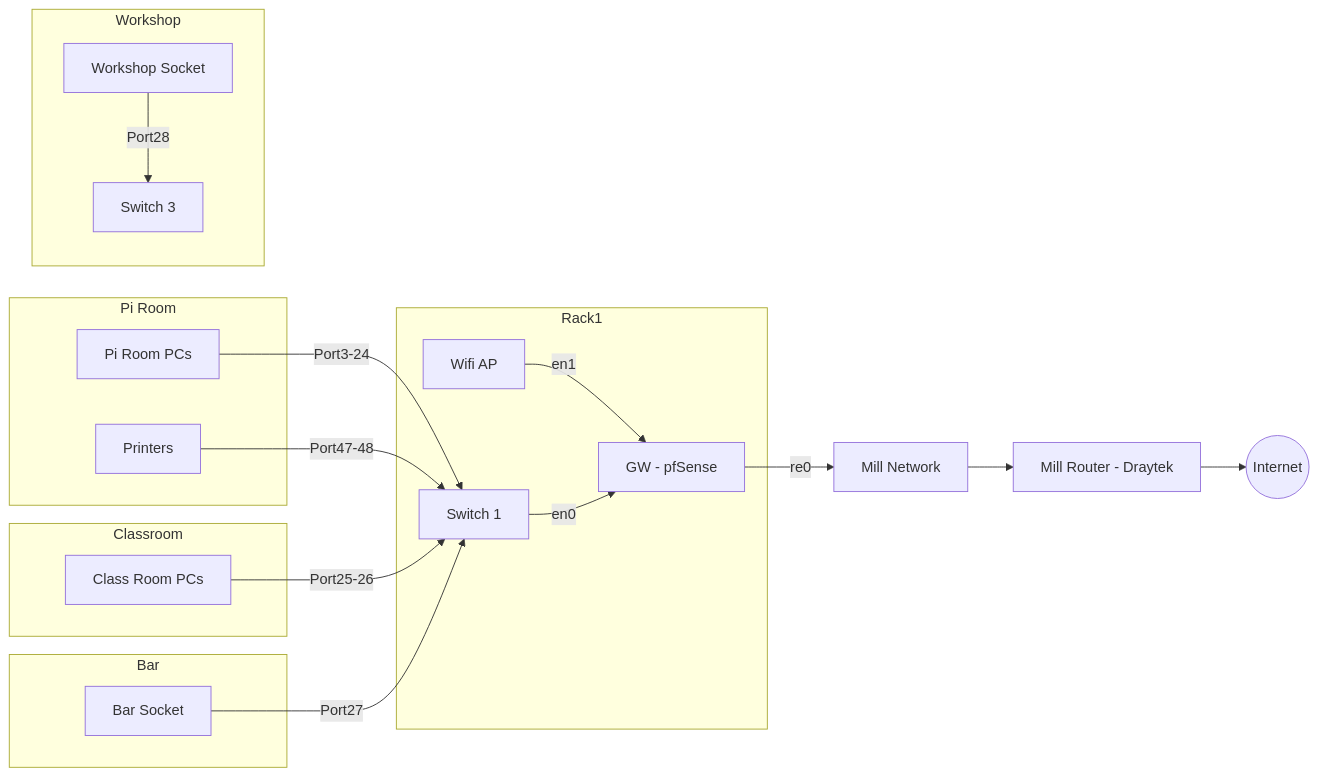
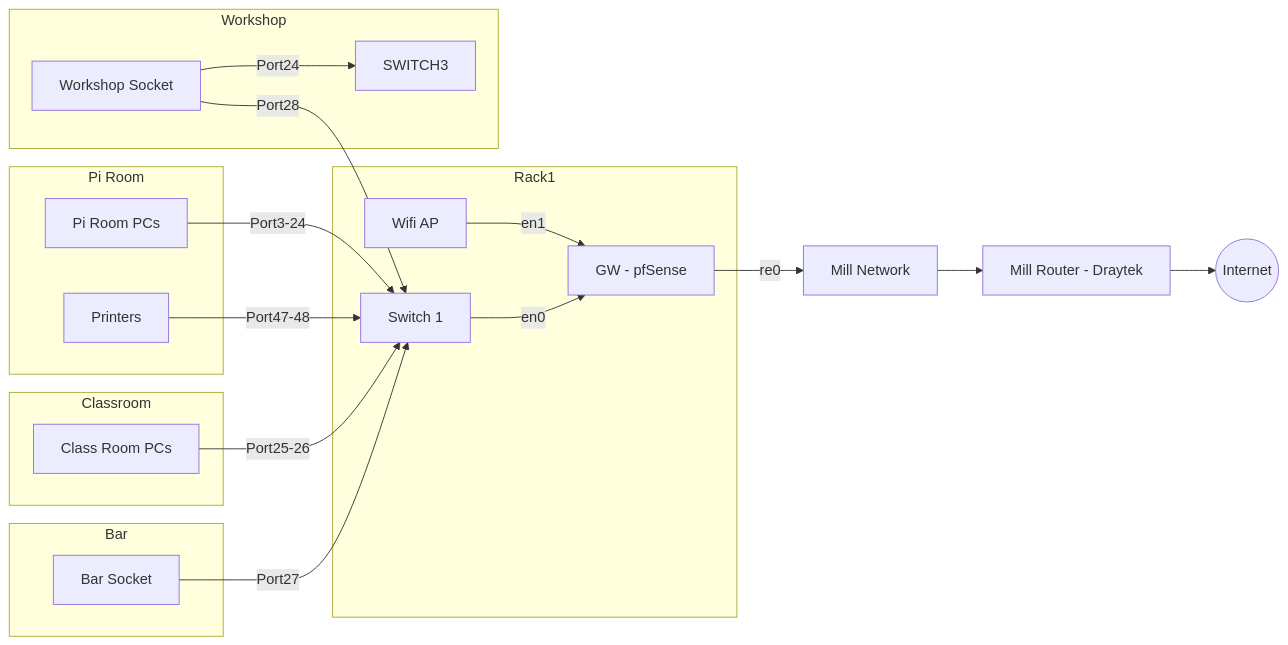
Before and after one commit to leigh-hackspace/HackspaceWiki: the first of 2 diagrams in docs/membership/member_information/network_layout.md, drawn with Mermaid.

````diff
--- a/docs/membership/member_information/network_layout.md
+++ b/docs/membership/member_information/network_layout.md
@@ -17,28 +17,29 @@
 ```mermaid
 graph LR
     subgraph Rack1
     GW[GW - pfSense] 
     AP[Wifi AP] -->|en1| GW
     SWITCH1[Switch 1] -->|en0| GW
     end
 
     GW -->|re0| MILL
     MILL[Mill Network] --> MILLROUTER[Mill Router - Draytek] --> INTERNET((Internet))
     
     subgraph Pi Room
     PIROOMPC[Pi Room PCs] -->|Port3-24| SWITCH1
     PRINTERS[Printers] -->|Port47-48| SWITCH1
     end
 
     subgraph Classroom
     CLASSROOMPC[Class Room PCs] -->|Port25-26| SWITCH1
     end
     
     subgraph Bar
     BAR[Bar Socket] -->|Port27| SWITCH1
     end
     
     subgraph Workshop
-    WORKSHOP[Workshop Socket] --> |Port28| SWITCH3[Switch 3]
+    WORKSHOP[Workshop Socket] --> |Port28| SWITCH1
+    WORKSHOP --> |Port24| SWITCH3
     end
 ```
````
